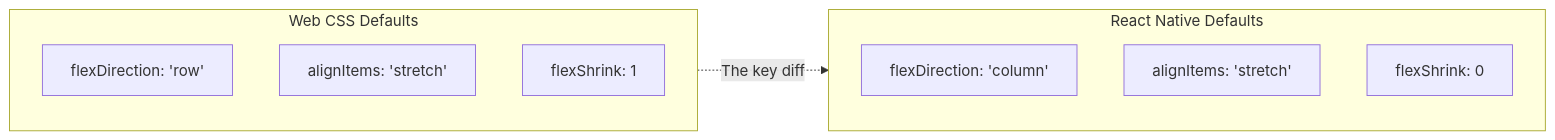
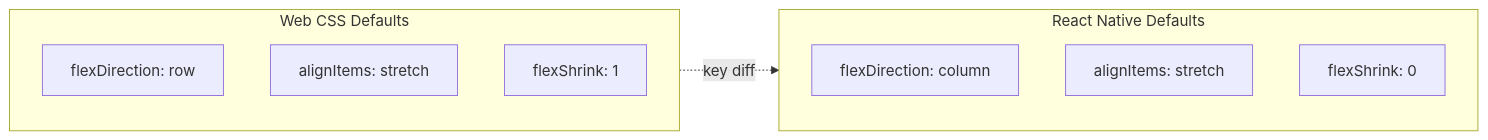
The first of 6 diagrams in arguments/chapters/rn-05-styling-layout.md (BabaScience/react-guides), drawn with Mermaid before and after one commit. The commit also changed other lines of this file and 63 other files, not shown here.

First line of the commit message:
Enrich React Native roadmap with deeper content, visuals, and FR/IT translations

````diff
--- a/arguments/chapters/rn-05-styling-layout.md
+++ b/arguments/chapters/rn-05-styling-layout.md
@@ -108,14 +140,14 @@
 ```mermaid
 graph LR
     subgraph Web["Web CSS Defaults"]
-        A["flexDirection: 'row'"]
-        B["alignItems: 'stretch'"]
+        A["flexDirection: row"]
+        B["alignItems: stretch"]
         C["flexShrink: 1"]
     end
     subgraph RN["React Native Defaults"]
-        D["flexDirection: 'column'"]
-        E["alignItems: 'stretch'"]
+        D["flexDirection: column"]
+        E["alignItems: stretch"]
         F["flexShrink: 0"]
     end
-    Web -. "The key diff" .-> RN
+    Web -. key diff .-> RN
 ```
````
